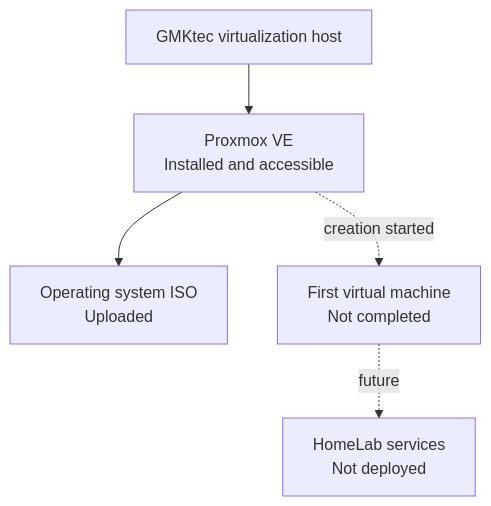
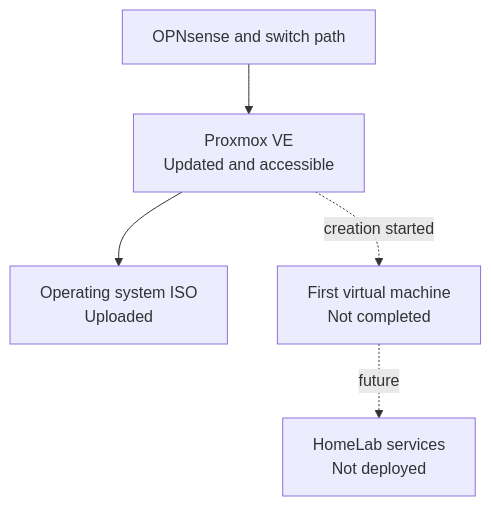
The diagram in docs/proxmox-installation.md (DeadPol8789/homelab), drawn with Mermaid before and after one commit. The commit also changed other lines of this file and 8 other files, not shown here.

````diff
--- a/docs/proxmox-installation.md
+++ b/docs/proxmox-installation.md
@@ -43,7 +50,7 @@
 ```mermaid
 flowchart TD
-    HW["GMKtec virtualization host"] --> PVE["Proxmox VE<br/>Installed and accessible"]
+    NET["OPNsense and switch path"] --> PVE["Proxmox VE<br/>Updated and accessible"]
     PVE --> ISO["Operating system ISO<br/>Uploaded"]
     PVE -. "creation started" .-> VM["First virtual machine<br/>Not completed"]
     VM -. "future" .-> SVC["HomeLab services<br/>Not deployed"]
 ```
````
